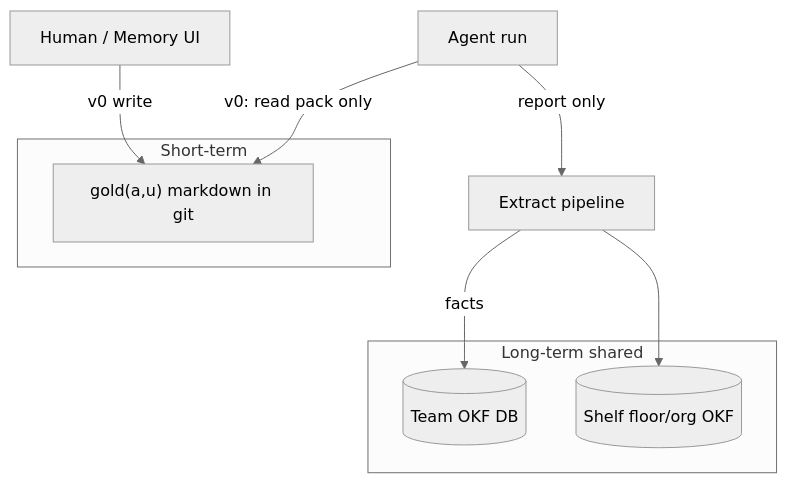
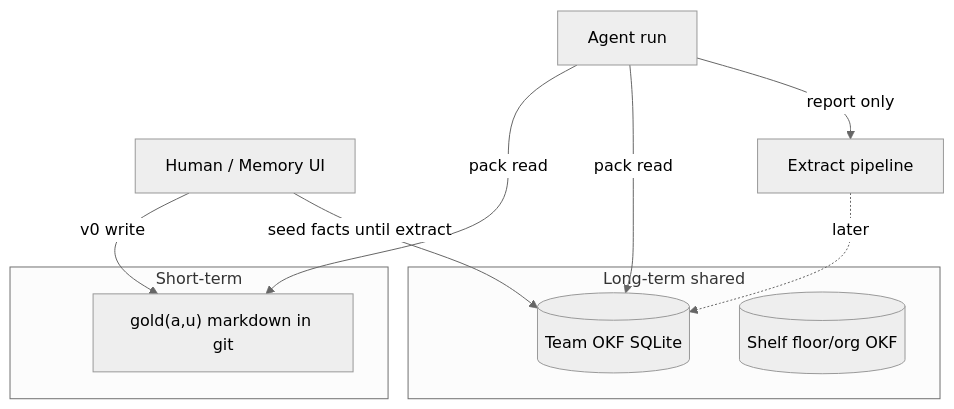
Before and after one commit to abhishekjasani/AgentAnyStack: the first of 3 diagrams in docs/architecture/04_MEMORY.md, drawn with Mermaid (neutral theme). The commit also changed other lines of this file and 16 other files, not shown here.

First line of the commit message:
feat: Implement Team OKF functionality with SQLite integration

````diff
--- a/docs/architecture/04_MEMORY.md
+++ b/docs/architecture/04_MEMORY.md
@@ -5,15 +5,16 @@
 ```mermaid
 flowchart TB
     subgraph short [Short-term]
         G["gold(a,u) markdown in git"]
     end
     subgraph long [Long-term shared]
-        T[(Team OKF DB)]
+        T[(Team OKF SQLite)]
         S[(Shelf floor/org OKF)]
     end
     HUMAN[Human / Memory UI] -->|v0 write| G
-    RUN[Agent run] -->|v0: read pack only| G
+    HUMAN -->|seed facts until extract| T
+    RUN[Agent run] -->|pack read| G
+    RUN -->|pack read| T
     RUN -->|report only| PIPE[Extract pipeline]
-    PIPE -->|facts| T
-    PIPE --> S
+    PIPE -.->|later| T
 ```
````
